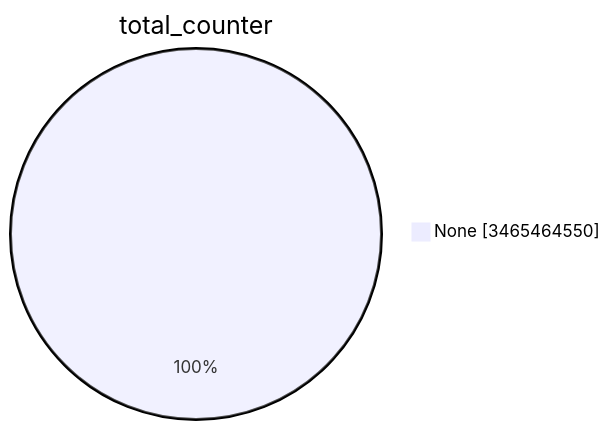
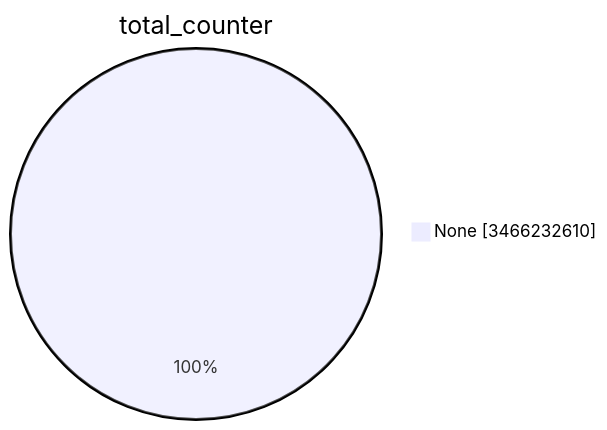
One commit to christiankrug/ctmonitor_visualization changed the first of 15 diagrams in TOTAL/README.md. Above: the diagram before and after it, drawn with Mermaid. The commit also changed other lines of this file, not shown here.

````diff
--- a/TOTAL/README.md
+++ b/TOTAL/README.md
@@ -1,5 +1,5 @@
 ```mermaid
 pie showData
 title total_counter
-"None" :3465464550
+"None" :3466232610
 ```
````
